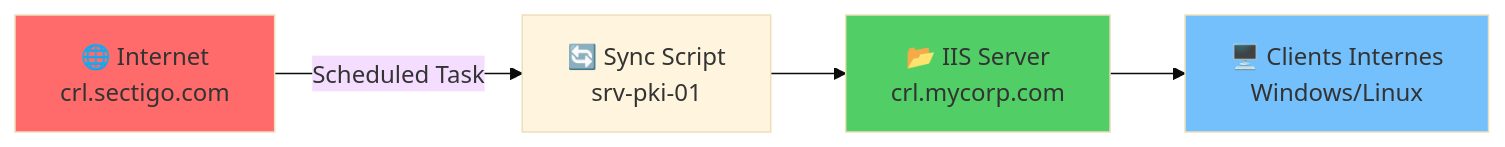
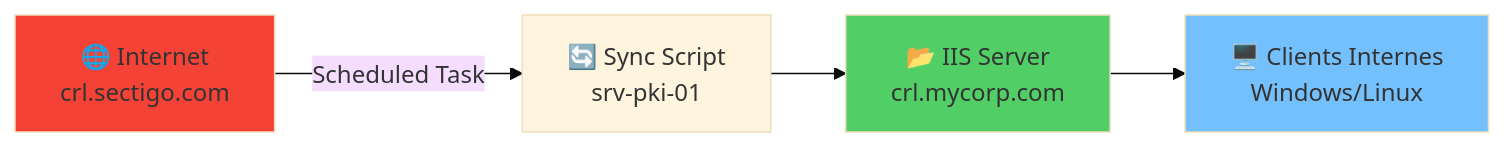
Before and after one commit to VBlackJack/ShellBook: the second of 2 diagrams in docs/security/certificates.md, drawn with Mermaid (base theme). The commit also changed 337 other files, not shown here.

First line of the commit message:
refactor(docs): Standardize code blocks and Mermaid colors

````diff
--- a/docs/security/certificates.md
+++ b/docs/security/certificates.md
@@ -170,10 +170,10 @@
 ```mermaid
 flowchart LR
     A[🌐 Internet<br/>crl.sectigo.com] -->|Scheduled Task| B[🔄 Sync Script<br/>srv-pki-01]
     B --> C[📂 IIS Server<br/>crl.mycorp.com]
     C --> D[🖥️ Clients Internes<br/>Windows/Linux]
 
-    style A fill:#ff6b6b
+    style A fill:#f44336
     style C fill:#51cf66
     style D fill:#74c0fc
 ```
````
